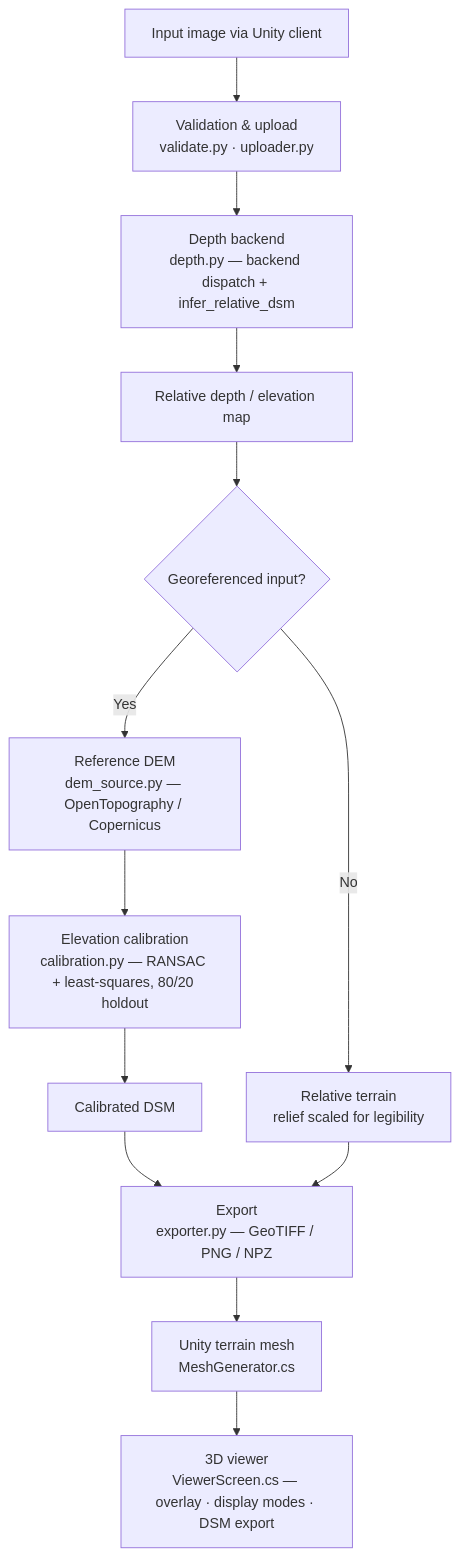
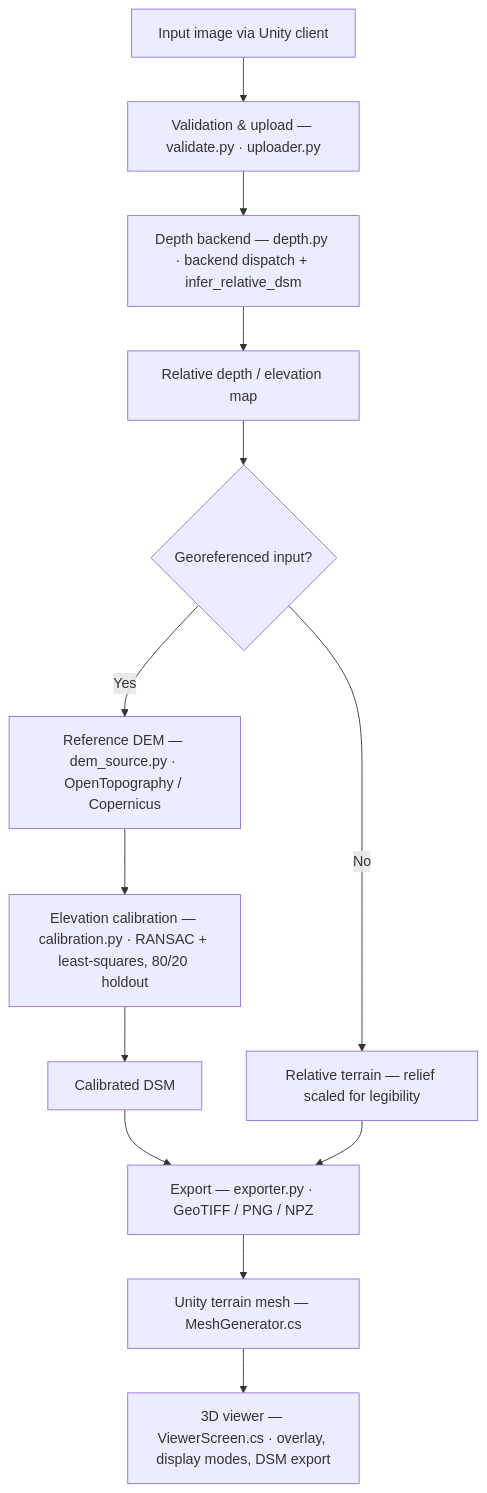
One commit to Tron-xR/DepthWizard changed the first of 2 diagrams in README.md. Above: the diagram before and after it, drawn with Mermaid. The commit also changed other lines of this file, not shown here.

Commit message:
docs: fix Mermaid architecture diagram

````diff
--- a/README.md
+++ b/README.md
@@ -81,15 +81,15 @@
 ```mermaid
 flowchart TD
-    A[Input image via Unity client] --> B[Validation & upload<br/>validate.py · uploader.py]
-    B --> C[Depth backend<br/>depth.py — backend dispatch + infer_relative_dsm]
-    C --> D[Relative depth / elevation map]
-    D --> E{Georeferenced input?}
-    E -->|Yes| F[Reference DEM<br/>dem_source.py — OpenTopography / Copernicus]
-    F --> G[Elevation calibration<br/>calibration.py — RANSAC + least-squares, 80/20 holdout]
-    G --> H[Calibrated DSM]
-    E -->|No| I[Relative terrain<br/>relief scaled for legibility]
-    H --> J[Export<br/>exporter.py — GeoTIFF / PNG / NPZ]
+    A["Input image via Unity client"] --> B["Validation & upload — validate.py · uploader.py"]
+    B --> C["Depth backend — depth.py · backend dispatch + infer_relative_dsm"]
+    C --> D["Relative depth / elevation map"]
+    D --> E{"Georeferenced input?"}
+    E -->|Yes| F["Reference DEM — dem_source.py · OpenTopography / Copernicus"]
+    F --> G["Elevation calibration — calibration.py · RANSAC + least-squares, 80/20 holdout"]
+    G --> H["Calibrated DSM"]
+    E -->|No| I["Relative terrain — relief scaled for legibility"]
+    H --> J["Export — exporter.py · GeoTIFF / PNG / NPZ"]
     I --> J
-    J --> K[Unity terrain mesh<br/>MeshGenerator.cs]
-    K --> L[3D viewer<br/>ViewerScreen.cs — overlay · display modes · DSM export]
+    J --> K["Unity terrain mesh — MeshGenerator.cs"]
+    K --> L["3D viewer — ViewerScreen.cs · overlay, display modes, DSM export"]
 ```
````
